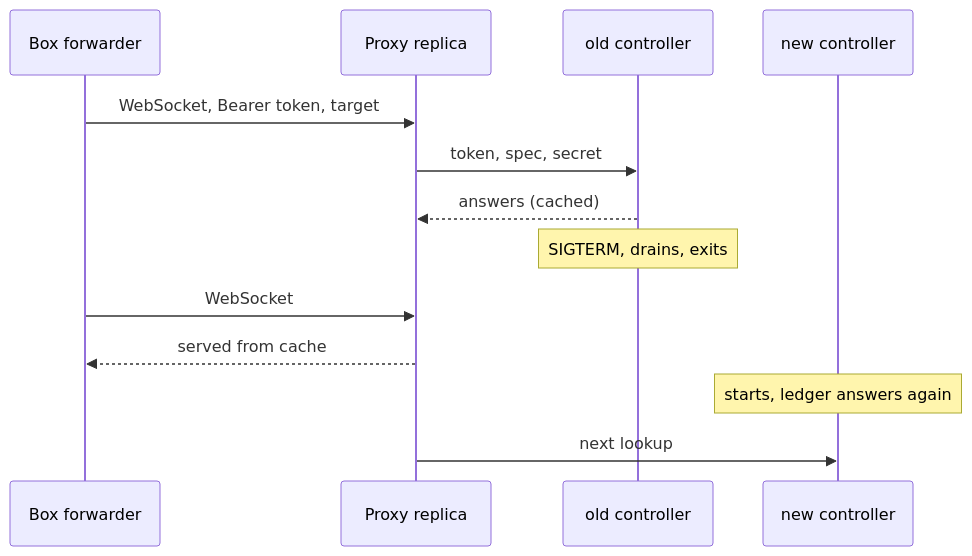
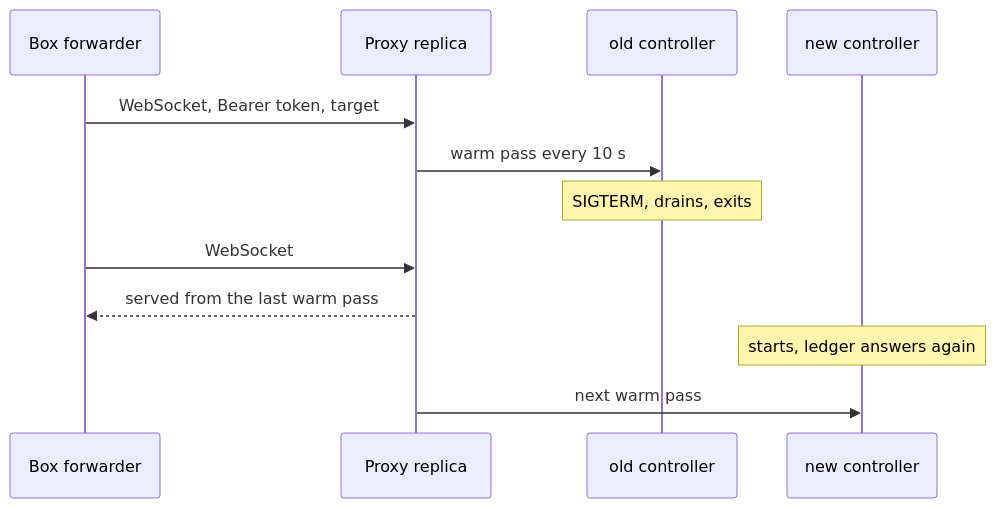
Before and after one commit to IniZio/moor: the second of 3 diagrams in docs/specs/deploy-invisible-boxes.md, drawn with Mermaid. The commit also changed other lines of this file, not shown here.

````diff
--- a/docs/specs/deploy-invisible-boxes.md
+++ b/docs/specs/deploy-invisible-boxes.md
@@ -102,15 +78,14 @@
 ```mermaid
 sequenceDiagram
   participant B as Box forwarder
   participant P as Proxy replica
   participant C1 as old controller
   participant C2 as new controller
   B->>P: WebSocket, Bearer token, target
-  P->>C1: token, spec, secret
-  C1-->>P: answers (cached)
+  P->>C1: warm pass every 10 s
   Note over C1: SIGTERM, drains, exits
   B->>P: WebSocket
-  P-->>B: served from cache
+  P-->>B: served from the last warm pass
   Note over C2: starts, ledger answers again
-  P->>C2: next lookup
+  P->>C2: next warm pass
 ```
````
